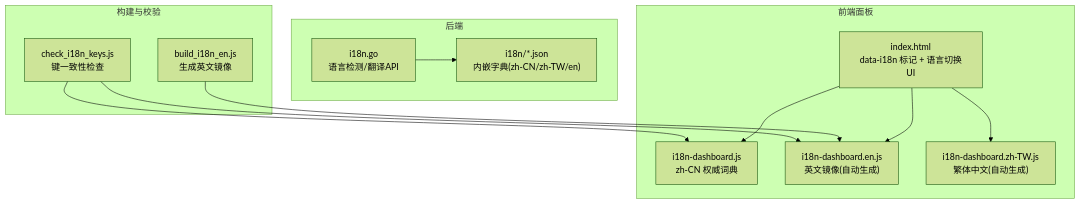
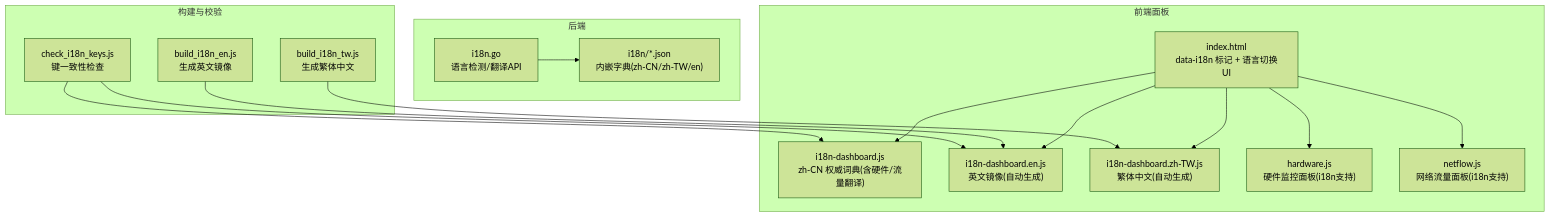
One commit to sreyun/aiops-monitor changed the first of 6 diagrams in .qoder/repowiki/zh/content/配置管理/国际化支持.md. Above: the diagram before and after it, drawn with Mermaid (forest theme). The commit also changed other lines of this file and 38 other files, not shown here.

````diff
--- a/.qoder/repowiki/zh/content/配置管理/国际化支持.md
+++ b/.qoder/repowiki/zh/content/配置管理/国际化支持.md
@@ -40,24 +50,30 @@
 ```mermaid
 graph TB
 subgraph "后端"
 A["i18n.go<br/>语言检测/翻译API"]
 B["i18n/*.json<br/>内嵌字典(zh-CN/zh-TW/en)"]
 end
 subgraph "前端面板"
 C["index.html<br/>data-i18n 标记 + 语言切换UI"]
-D["i18n-dashboard.js<br/>zh-CN 权威词典"]
+D["i18n-dashboard.js<br/>zh-CN 权威词典(含硬件/流量翻译)"]
 E["i18n-dashboard.en.js<br/>英文镜像(自动生成)"]
 F["i18n-dashboard.zh-TW.js<br/>繁体中文(自动生成)"]
+G["hardware.js<br/>硬件监控面板(i18n支持)"]
+H["netflow.js<br/>网络流量面板(i18n支持)"]
 end
 subgraph "构建与校验"
-G["build_i18n_en.js<br/>生成英文镜像"]
-H["check_i18n_keys.js<br/>键一致性检查"]
+I["build_i18n_en.js<br/>生成英文镜像"]
+J["check_i18n_keys.js<br/>键一致性检查"]
+K["build_i18n_tw.js<br/>生成繁体中文"]
 end
 A --> B
 C --> D
 C --> E
 C --> F
-G --> E
-H --> D
-H --> E
+C --> G
+C --> H
+I --> E
+J --> D
+J --> E
+K --> F
 ```
````
